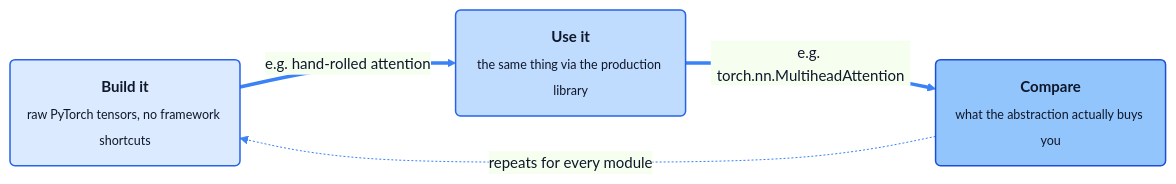
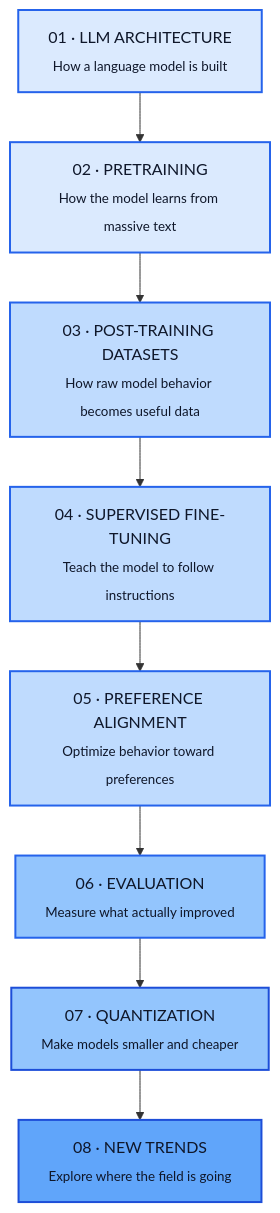
The second of 3 diagrams in llm-from-scratch/README.md (OlawoyeTaofeek/AI-Engineering-Roadmap), drawn with Mermaid before and after one commit. The commit also changed other lines of this file and 3 other files, not shown here.

````diff
--- a/llm-from-scratch/README.md
+++ b/llm-from-scratch/README.md
@@ -40,15 +133,22 @@
 ```mermaid
-%%{init: {'theme':'base','themeVariables':{'primaryColor':'#eff6ff','primaryTextColor':'#0f172a','primaryBorderColor':'#3b82f6','lineColor':'#3b82f6','fontFamily':'JetBrains Mono','fontSize':'15px'}}}%%
-flowchart LR
-  classDef build fill:#dbeafe,stroke:#2563eb,stroke-width:1.5px,color:#0f172a
-  classDef use fill:#bfdbfe,stroke:#2563eb,stroke-width:1.5px,color:#0f172a
-  classDef compare fill:#93c5fd,stroke:#1d4ed8,stroke-width:1.5px,color:#0f172a
+flowchart TD
+    A["01 · LLM ARCHITECTURE<br/><sub>How a language model is built</sub>"]
+    B["02 · PRETRAINING<br/><sub>How the model learns from massive text</sub>"]
+    C["03 · POST-TRAINING DATASETS<br/><sub>How raw model behavior becomes useful data</sub>"]
+    D["04 · SUPERVISED FINE-TUNING<br/><sub>Teach the model to follow instructions</sub>"]
+    E["05 · PREFERENCE ALIGNMENT<br/><sub>Optimize behavior toward preferences</sub>"]
+    F["06 · EVALUATION<br/><sub>Measure what actually improved</sub>"]
+    G["07 · QUANTIZATION<br/><sub>Make models smaller and cheaper</sub>"]
+    H["08 · NEW TRENDS<br/><sub>Explore where the field is going</sub>"]
 
-  B("<b>Build it</b><br/><sub>raw PyTorch tensors, no framework shortcuts</sub>"):::build
-  U("<b>Use it</b><br/><sub>the same thing via the production library</sub>"):::use
-  C("<b>Compare</b><br/><sub>what the abstraction actually buys you</sub>"):::compare
+    A --> B --> C --> D --> E --> F --> G --> H
 
-  B ==>|"e.g. hand-rolled attention"| U
-  U ==>|"e.g. torch.nn.MultiheadAttention"| C
-  C -.->|"repeats for every module"| B
+    style A fill:#dbeafe,stroke:#2563eb,stroke-width:2px,color:#0f172a
+    style B fill:#dbeafe,stroke:#2563eb,stroke-width:2px,color:#0f172a
+    style C fill:#bfdbfe,stroke:#2563eb,stroke-width:2px,color:#0f172a
+    style D fill:#bfdbfe,stroke:#2563eb,stroke-width:2px,color:#0f172a
+    style E fill:#bfdbfe,stroke:#2563eb,stroke-width:2px,color:#0f172a
+    style F fill:#93c5fd,stroke:#2563eb,stroke-width:2px,color:#0f172a
+    style G fill:#93c5fd,stroke:#1d4ed8,stroke-width:2px,color:#0f172a
+    style H fill:#60a5fa,stroke:#1d4ed8,stroke-width:2px,color:#0f172a
 ```
````
